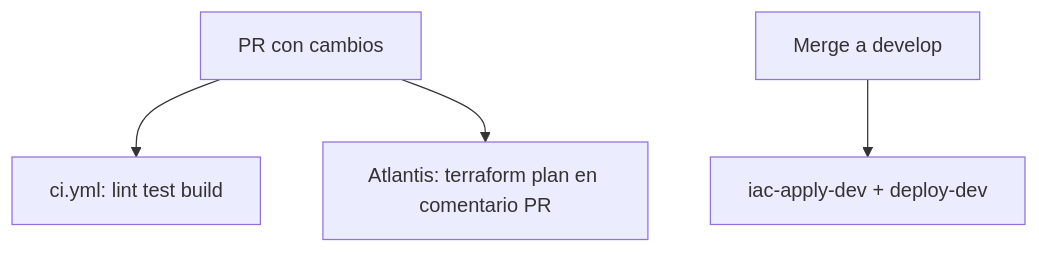
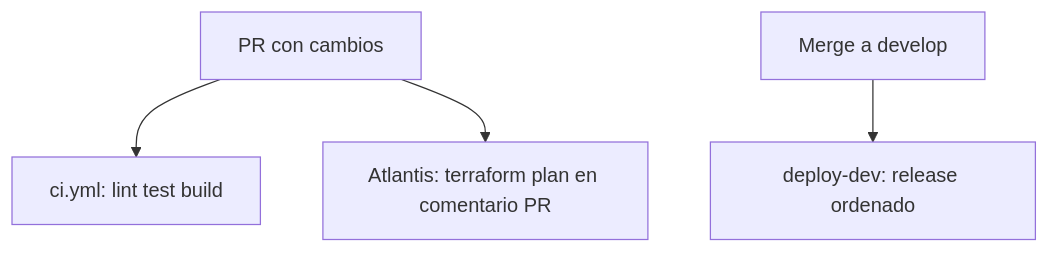
Before and after one commit to jeancdevx/polaris: the diagram in docs/ci-cd.md, drawn with Mermaid. The commit also changed other lines of this file and 130 other files, not shown here.

````diff
--- a/docs/ci-cd.md
+++ b/docs/ci-cd.md
@@ -42,11 +43,11 @@
 ```mermaid
 flowchart TB
   PR[PR con cambios]
   CI[ci.yml: lint test build]
   Atl[Atlantis: terraform plan en comentario PR]
   Merge[Merge a develop]
-  AppCD[iac-apply-dev + deploy-dev]
+  AppCD[deploy-dev: release ordenado]
   PR --> CI
   PR --> Atl
   Merge --> AppCD
 ```
````
